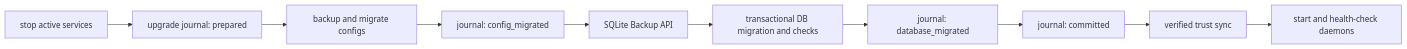
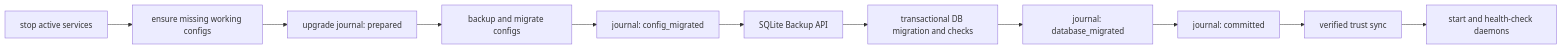
One commit to RevoltStar/FIC changed diagram 18 of 19 in docs/architecture-diagrams.md. Above: the diagram before and after it, drawn with Mermaid. The commit also changed other lines of this file and 20 other files, not shown here.

````diff
--- a/docs/architecture-diagrams.md
+++ b/docs/architecture-diagrams.md
@@ -793,12 +795,13 @@
 ```mermaid
 flowchart LR
-    stop[stop active services] --> begin[upgrade journal: prepared]
+    stop[stop active services] --> ensure[ensure missing working configs]
+    ensure --> begin[upgrade journal: prepared]
     begin --> configBackup[backup and migrate configs]
     configBackup --> configPhase[journal: config_migrated]
     configPhase --> dbBackup[SQLite Backup API]
     dbBackup --> dbMigration[transactional DB migration and checks]
     dbMigration --> dbPhase[journal: database_migrated]
     dbPhase --> commit[journal: committed]
     commit --> trust[verified trust sync]
     trust --> start[start and health-check daemons]
 ```
````
